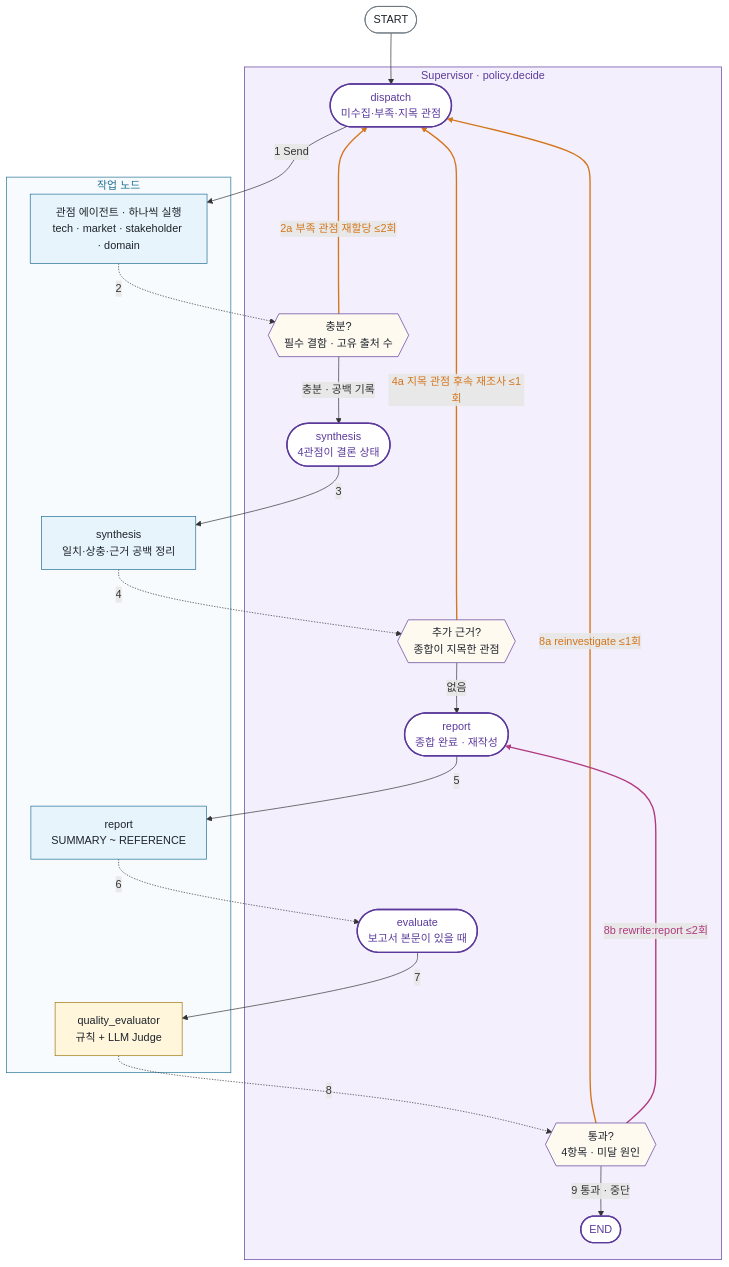
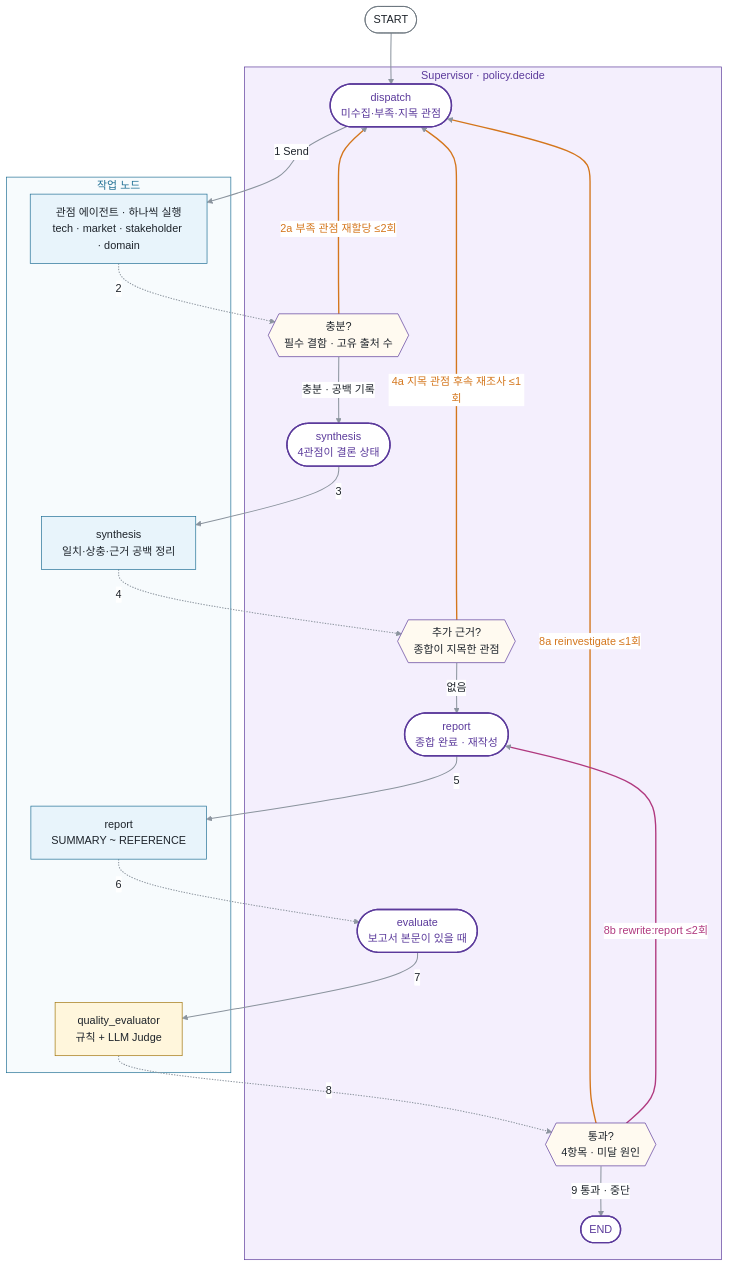
One commit to gyudren/kv-cache-optimization changed the diagram in README.md. Above: the diagram before and after it, drawn with Mermaid.

Commit message:
docs: Architecture Mermaid 라벨 배경과 선 색 지정 (GitHub 다크 모드 가독성)

````diff
--- a/README.md
+++ b/README.md
@@ -154,58 +154,61 @@
 ```mermaid
 ---
 config:
   layout: dagre
+  themeVariables:
+    edgeLabelBackground: '#ffffff'
 ---
 flowchart TB
     START([START]) --> D1
 
     subgraph SUP["Supervisor · policy.decide"]
         D1(["dispatch<br/>미수집·부족·지목 관점"])
         C1{{"충분?<br/>필수 결함 · 고유 출처 수"}}
         D2(["synthesis<br/>4관점이 결론 상태"])
         C2{{"추가 근거?<br/>종합이 지목한 관점"}}
         D3(["report<br/>종합 완료 · 재작성"])
         D4(["evaluate<br/>보고서 본문이 있을 때"])
         C3{{"통과?<br/>4항목 · 미달 원인"}}
         E(["END"])
     end
 
     subgraph AG["작업 노드"]
         P["관점 에이전트 · 하나씩 실행<br/>tech · market · stakeholder · domain"]
         SYN["synthesis<br/>일치·상충·근거 공백 정리"]
         REP["report<br/>SUMMARY ~ REFERENCE"]
         QE["quality_evaluator<br/>규칙 + LLM Judge"]
     end
 
     D1 -->|"1 Send"| P
     P -.->|"2"| C1
     C1 -->|"충분 · 공백 기록"| D2
     D2 -->|"3"| SYN
     SYN -.->|"4"| C2
     C2 -->|"없음"| D3
     D3 -->|"5"| REP
     REP -.->|"6"| D4
     D4 -->|"7"| QE
     QE -.->|"8"| C3
     C3 -->|"9 통과 · 중단"| E
 
     C1 -->|"2a 부족 관점 재할당 ≤2회"| D1
     C2 -->|"4a 지목 관점 후속 재조사 ≤1회"| D1
     C3 -->|"8a reinvestigate ≤1회"| D1
     C3 -->|"8b rewrite:report ≤2회"| D3
 
     classDef decide fill:#ffffff,stroke:#5b3a9b,stroke-width:2px,color:#5b3a9b
     classDef check fill:#fffaf0,stroke:#5b3a9b,color:#1d232a
     classDef agent fill:#e8f4fb,stroke:#1f6f94,color:#1d232a
     classDef gate fill:#fff6dc,stroke:#a1740b,color:#1d232a
     classDef term fill:#ffffff,stroke:#66707a,color:#1d232a
     class D1,D2,D3,D4,E decide
     class C1,C2,C3 check
     class P,SYN,REP agent
     class QE gate
     class START term
     style SUP fill:#f4effd,stroke:#5b3a9b,color:#5b3a9b
     style AG fill:#f7fbfd,stroke:#1f6f94,color:#1f6f94
+    linkStyle default stroke:#8b949e,stroke-width:1.5px,color:#1d232a
     linkStyle 12,13,14 stroke:#d4761c,stroke-width:2px,color:#d4761c
     linkStyle 15 stroke:#b0397f,stroke-width:2px,color:#b0397f
 ```
````
